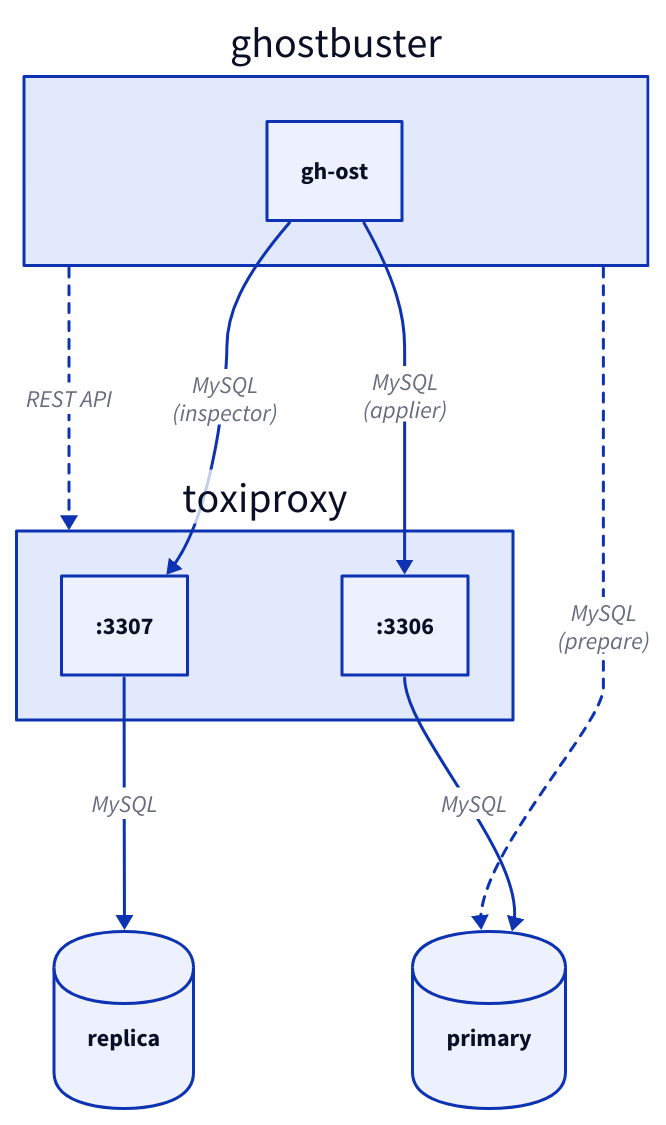
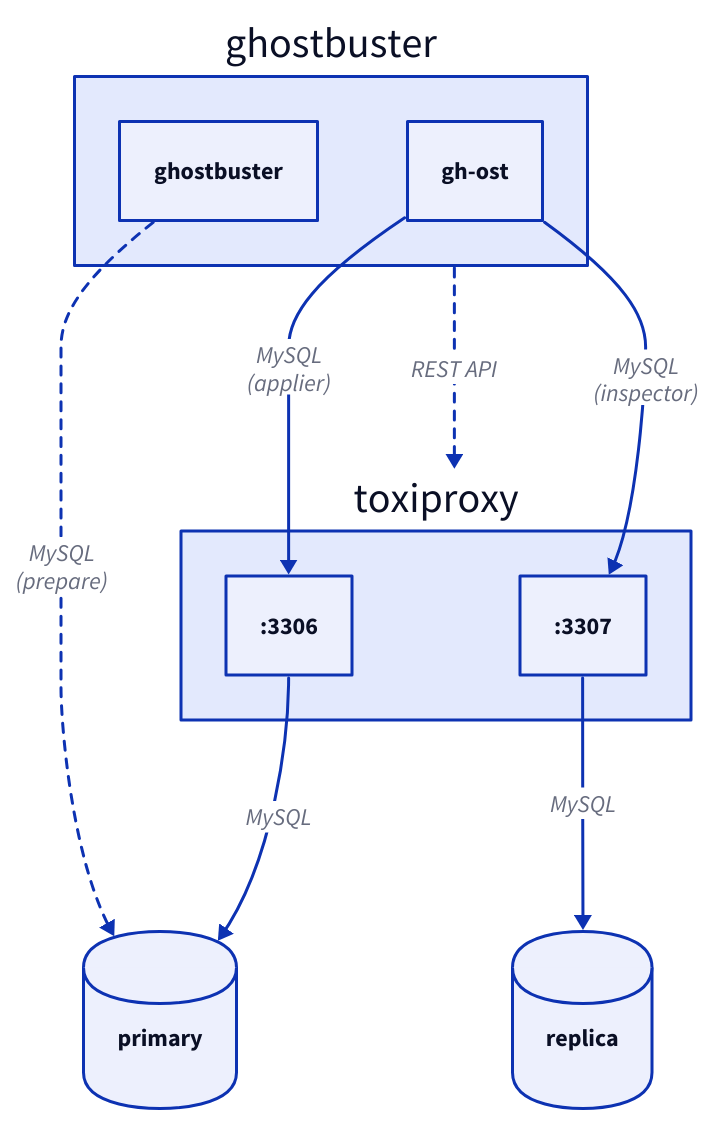
Before and after one commit to timvaillancourt/ghostbuster: the diagram in ghostbuster.d2, drawn with D2. The commit also changed 2 other files, not shown here.

```diff
--- a/ghostbuster.d2
+++ b/ghostbuster.d2
@@ -1,27 +1,27 @@
 ghostbuster: {
   gh-ost: gh-ost
 }
 
 toxiproxy: {
   primary: :3306
   replica: :3307
 }
 
 ghostbuster -> toxiproxy: REST API {
   style.stroke-dash: 3
 }
 ghostbuster.gh-ost -> toxiproxy.primary: MySQL\n(applier)
 ghostbuster.gh-ost -> toxiproxy.replica: MySQL\n(inspector)
 
 primary: {
   shape: cylinder
 }
 replica: {
   shape: cylinder
 }
 
-ghostbuster -> primary: MySQL\n(prepare) {
+ghostbuster.ghostbuster -> primary: MySQL\n(prepare) {
   style.stroke-dash: 3
 }
 toxiproxy.primary -> primary: MySQL
 toxiproxy.replica -> replica: MySQL
```
